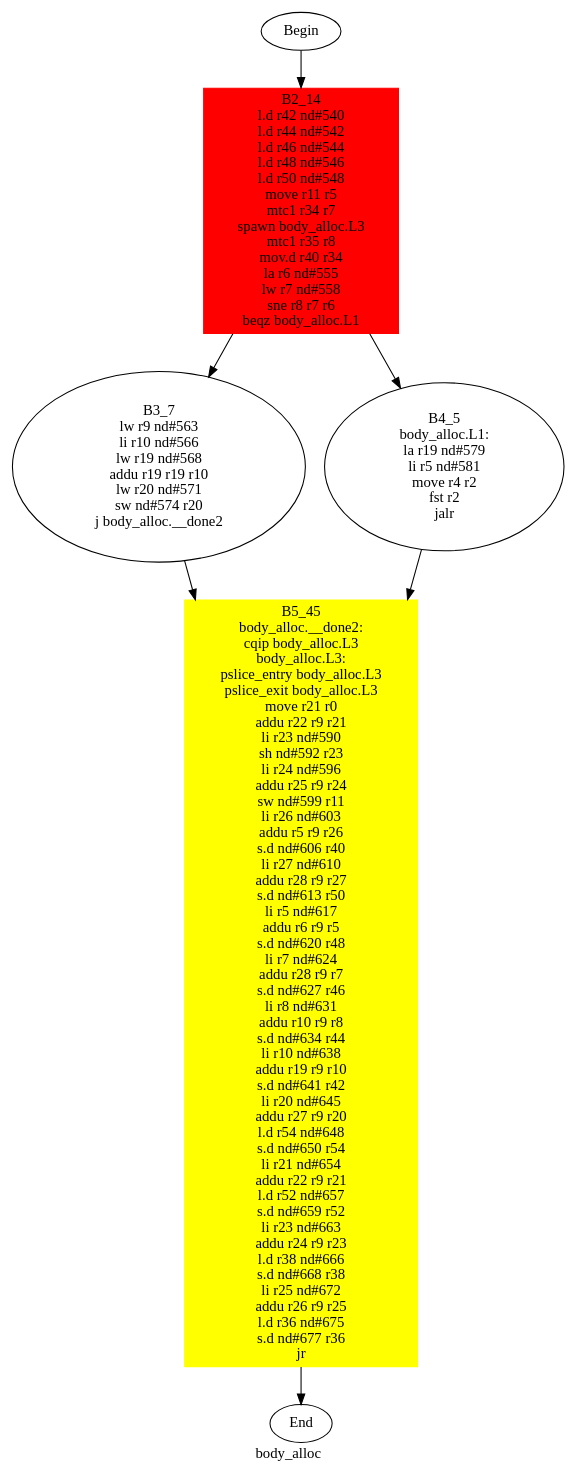
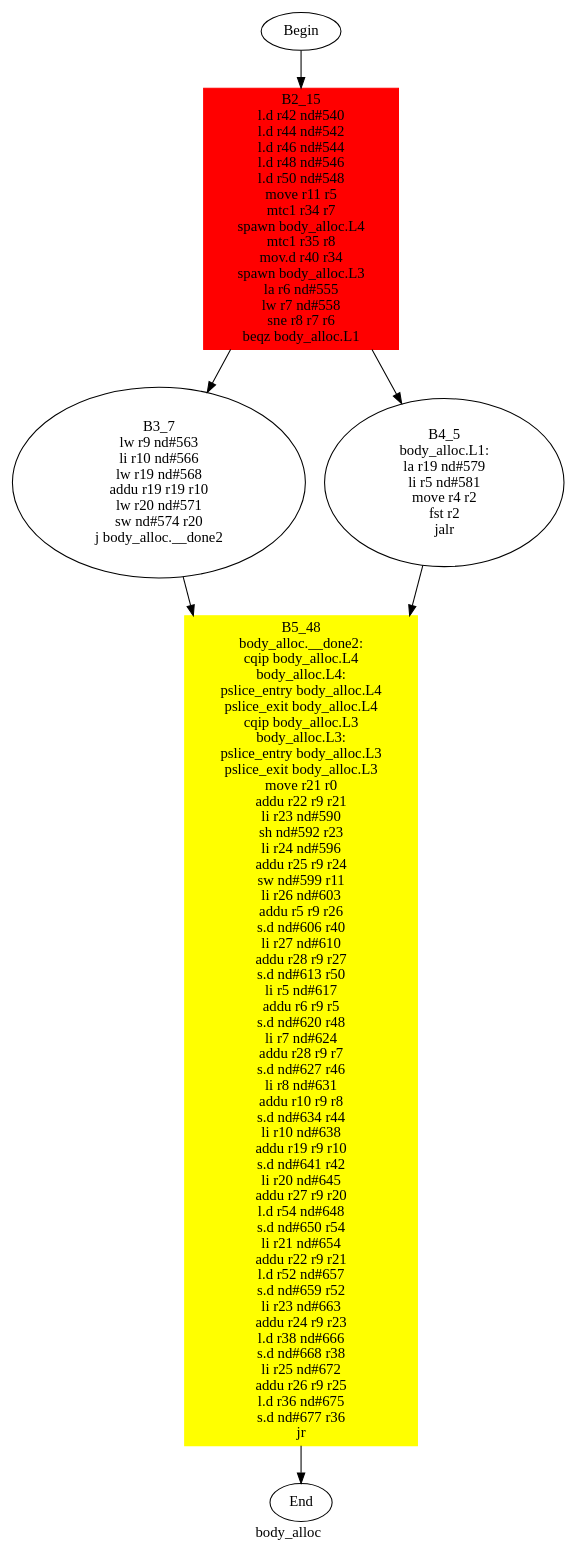
Before and after one commit to qixianbd/partition_wqm_new_one: the diagram in testcase/dot_file/body_alloc_after.dot, drawn with Graphviz. The commit also changed 170 other files, not shown here.

```diff
--- a/testcase/dot_file/body_alloc_after.dot
+++ b/testcase/dot_file/body_alloc_after.dot
@@ -1,18 +1,20 @@
 digraph G{
 	label = "body_alloc"	style = "dashed";
 	color = purple;
 	Node0 [label = "Begin"];
 	Node0 -> {Node2 }
 	Node1 [label = "End"];
 	Node1 -> {}
-	Node2 [label = "B2_14\nl.d	r42	nd#540	\nl.d	r44	nd#542	\nl.d	r46	nd#544	\nl.d	r48	nd#546	\nl.d	r50	nd#548	\nmove	r11	r5	\nmtc1	r34	r7	\nspawn	body_alloc.L3\nmtc1	r35	r8	\nmov.d	r40	r34	\nla	r6	nd#555	\nlw	r7	nd#558	\nsne	r8	r7	r6	\nbeqz	body_alloc.L1\n"];
+	Node2 [label = "B2_15\nl.d	r42	nd#540	\nl.d	r44	nd#542	\nl.d	r46	nd#544	\nl.d	r48	nd#546	\nl.d	r50	nd#548	\nmove	r11	r5	\nmtc1	r34	r7	\nspawn	body_alloc.L4\nmtc1	r35	r8	\nmov.d	r40	r34	\nspawn	body_alloc.L3\nla	r6	nd#555	\nlw	r7	nd#558	\nsne	r8	r7	r6	\nbeqz	body_alloc.L1\n"];
 	Node2 -> {Node3 Node4 }
 	Node3 [label = "B3_7\nlw	r9	nd#563	\nli	r10	nd#566	\nlw	r19	nd#568	\naddu	r19	r19	r10	\nlw	r20	nd#571	\nsw	nd#574	r20	\nj	body_alloc.__done2\n"];
 	Node3 -> {Node5 }
 	Node4 [label = "B4_5\nbody_alloc.L1:\nla	r19	nd#579	\nli	r5	nd#581	\nmove	r4	r2	\nfst	r2	\njalr	\n"];
 	Node4 -> {Node5 }
-	Node5 [label = "B5_45\nbody_alloc.__done2:\ncqip	body_alloc.L3\nbody_alloc.L3:\npslice_entry	body_alloc.L3\npslice_exit	body_alloc.L3\nmove	r21	r0	\naddu	r22	r9	r21	\nli	r23	nd#590	\nsh	nd#592	r23	\nli	r24	nd#596	\naddu	r25	r9	r24	\nsw	nd#599	r11	\nli	r26	nd#603	\naddu	r5	r9	r26	\ns.d	nd#606	r40	\nli	r27	nd#610	\naddu	r28	r9	r27	\ns.d	nd#613	r50	\nli	r5	nd#617	\naddu	r6	r9	r5	\ns.d	nd#620	r48	\nli	r7	nd#624	\naddu	r28	r9	r7	\ns.d	nd#627	r46	\nli	r8	nd#631	\naddu	r10	r9	r8	\ns.d	nd#634	r44	\nli	r10	nd#638	\naddu	r19	r9	r10	\ns.d	nd#641	r42	\nli	r20	nd#645	\naddu	r27	r9	r20	\nl.d	r54	nd#648	\ns.d	nd#650	r54	\nli	r21	nd#654	\naddu	r22	r9	r21	\nl.d	r52	nd#657	\ns.d	nd#659	r52	\nli	r23	nd#663	\naddu	r24	r9	r23	\nl.d	r38	nd#666	\ns.d	nd#668	r38	\nli	r25	nd#672	\naddu	r26	r9	r25	\nl.d	r36	nd#675	\ns.d	nd#677	r36	\njr	\n"];
+	Node5 [label = "B5_48\nbody_alloc.__done2:\ncqip	body_alloc.L4\nbody_alloc.L4:\npslice_entry	body_alloc.L4\npslice_exit	body_alloc.L4\ncqip	body_alloc.L3\nbody_alloc.L3:\npslice_entry	body_alloc.L3\npslice_exit	body_alloc.L3\nmove	r21	r0	\naddu	r22	r9	r21	\nli	r23	nd#590	\nsh	nd#592	r23	\nli	r24	nd#596	\naddu	r25	r9	r24	\nsw	nd#599	r11	\nli	r26	nd#603	\naddu	r5	r9	r26	\ns.d	nd#606	r40	\nli	r27	nd#610	\naddu	r28	r9	r27	\ns.d	nd#613	r50	\nli	r5	nd#617	\naddu	r6	r9	r5	\ns.d	nd#620	r48	\nli	r7	nd#624	\naddu	r28	r9	r7	\ns.d	nd#627	r46	\nli	r8	nd#631	\naddu	r10	r9	r8	\ns.d	nd#634	r44	\nli	r10	nd#638	\naddu	r19	r9	r10	\ns.d	nd#641	r42	\nli	r20	nd#645	\naddu	r27	r9	r20	\nl.d	r54	nd#648	\ns.d	nd#650	r54	\nli	r21	nd#654	\naddu	r22	r9	r21	\nl.d	r52	nd#657	\ns.d	nd#659	r52	\nli	r23	nd#663	\naddu	r24	r9	r23	\nl.d	r38	nd#666	\ns.d	nd#668	r38	\nli	r25	nd#672	\naddu	r26	r9	r25	\nl.d	r36	nd#675	\ns.d	nd#677	r36	\njr	\n"];
 	Node5 -> {Node1 }
 	Node2 [shape = box ,style=filled ,color=red];
+	Node2 [shape = box ,style=filled ,color=red];
+	Node5 [shape = polygon ,style=filled ,color=yellow];
 	Node5 [shape = polygon ,style=filled ,color=yellow];
 }
```
